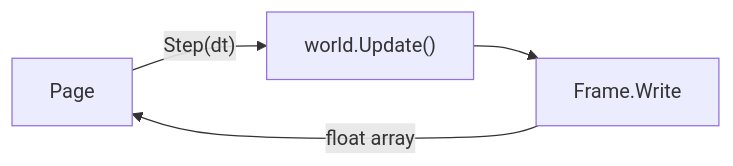
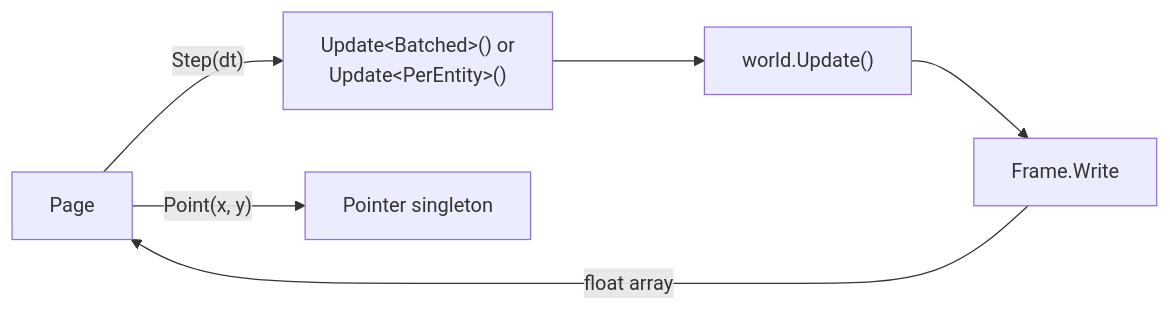
The diagram in docs/content/demo.mdx (JasonXuDeveloper/EasyEcs), drawn with Mermaid before and after one commit. The commit also changed other lines of this file and 2 other files, not shown here.

Commit message:
Docs: the live demo page describes the new world, batch SIMD and Mono AOT

````diff
--- a/docs/content/demo.mdx
+++ b/docs/content/demo.mdx
@@ -36,6 +42,8 @@
 ```mermaid
 flowchart LR
-    P[Page] -->|"Step(dt)"| U["world.Update()"]
+    P[Page] -->|"Step(dt)"| M["Update&lt;Batched&gt;() or<br/>Update&lt;PerEntity&gt;()"]
+    M --> U["world.Update()"]
     U --> F[Frame.Write]
     F -->|float array| P
+    P -->|"Point(x, y)"| S[Pointer singleton]
 ```
````
